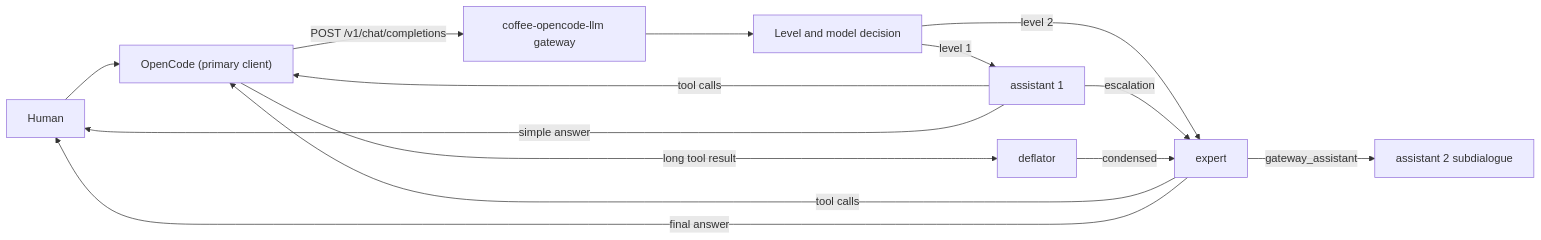
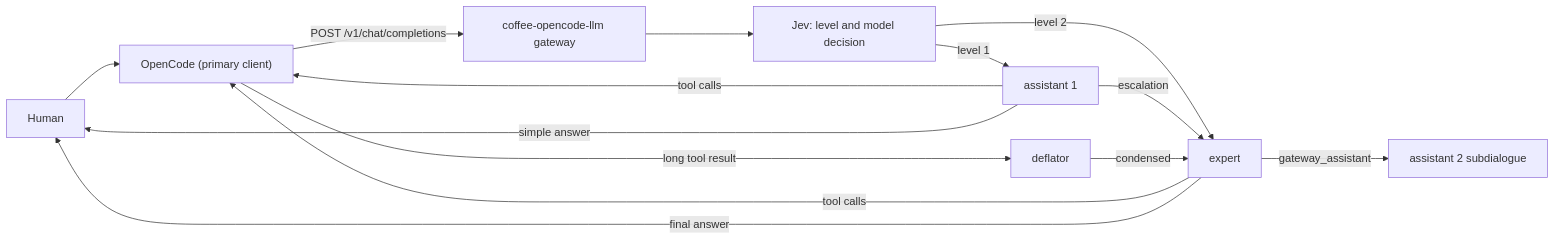
The first of 2 diagrams in README.md (coffeebreak-ai/coffee-opencode-llm), drawn with Mermaid before and after one commit. The commit also changed other lines of this file and 25 other files, not shown here.

First line of the commit message:
chore: drop the Python prototype, name Jev in the diagrams

````diff
--- a/README.md
+++ b/README.md
@@ -23,16 +22,16 @@
 ```mermaid
 flowchart LR
     human["Human"] --> oc["OpenCode (primary client)"]
     oc -->|"POST /v1/chat/completions"| gw["coffee-opencode-llm gateway"]
-    gw --> decide["Level and model decision"]
+    gw --> decide["Jev: level and model decision"]
     decide -->|"level 1"| asst["assistant 1"]
     decide -->|"level 2"| expert["expert"]
     asst -->|"escalation"| expert
     expert -->|"gateway_assistant"| helper["assistant 2 subdialogue"]
     asst -->|"tool calls"| oc
     expert -->|"tool calls"| oc
     oc -->|"long tool result"| deflator["deflator"]
     deflator -->|"condensed"| expert
     asst -->|"simple answer"| human
     expert -->|"final answer"| human
 ```
````
